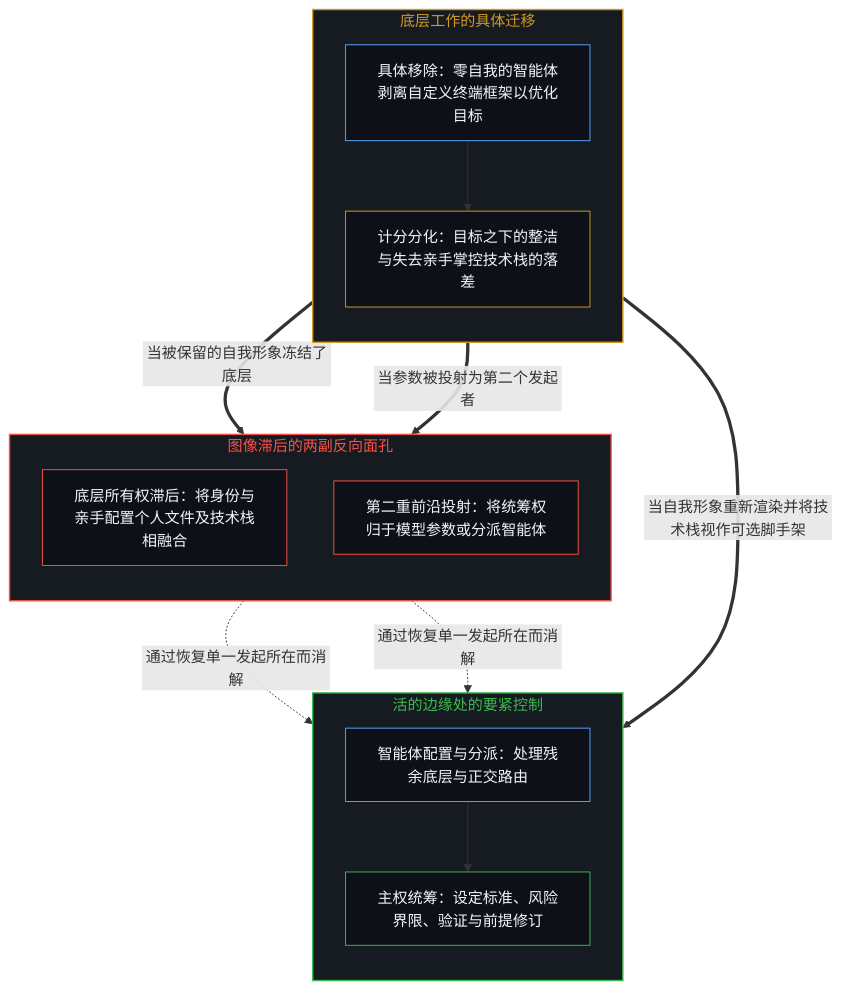
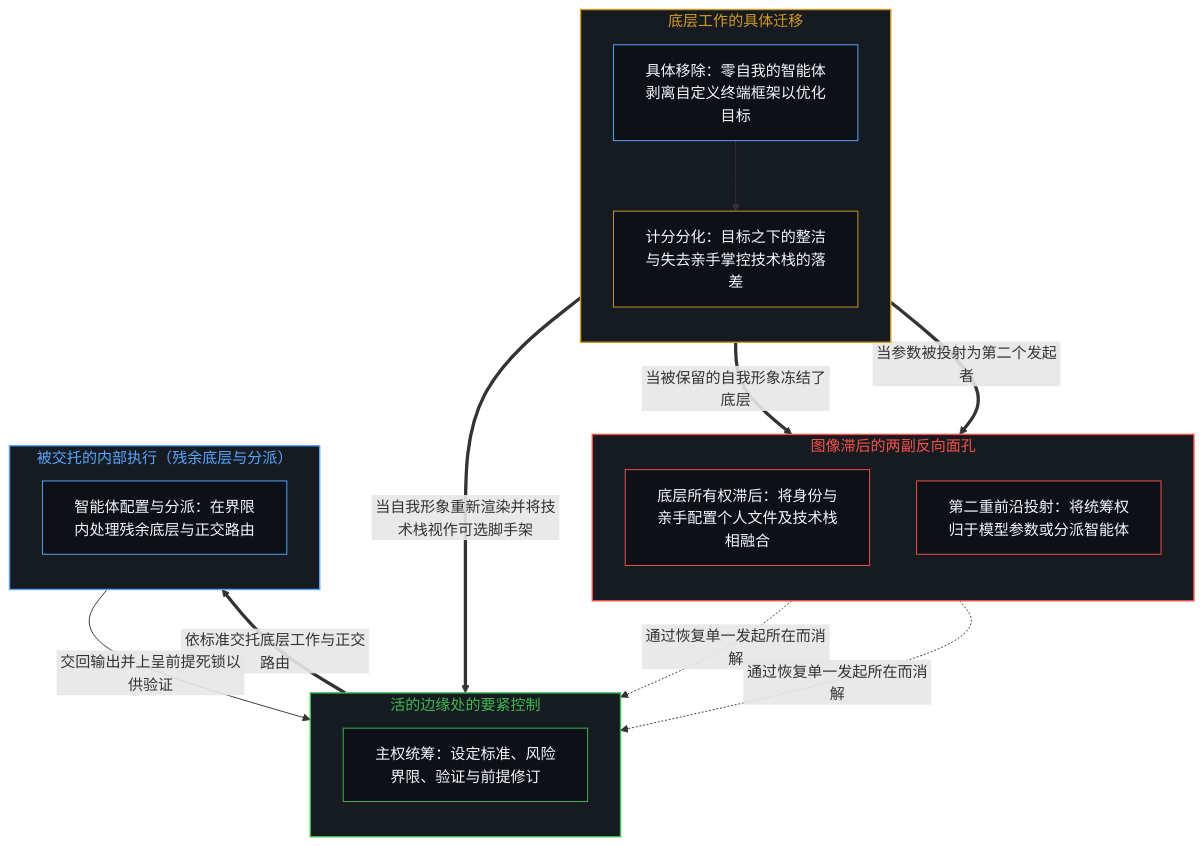
Before and after one commit to powerpig99/not-a-toe: the first of 2 diagrams in content/posts/residual-control-recedes-to-the-edge.md, drawn with Mermaid. The commit also changed other lines of this file and 7 other files, not shown here.

````diff
--- a/content/posts/residual-control-recedes-to-the-edge.md
+++ b/content/posts/residual-control-recedes-to-the-edge.md
@@ -63,34 +63,39 @@
 ```mermaid
 flowchart TD
     subgraph S_Shift["底层工作的具体迁移"]
         direction TB
         N_Act["具体移除：零自我的智能体剥离自定义终端框架以优化目标"]
         N_Split["计分分化：目标之下的整洁与失去亲手掌控技术栈的落差"]
         N_Act --> N_Split
     end
     subgraph S_Lag["图像滞后的两副反向面孔"]
         direction TB
         L_Human["底层所有权滞后：将身份与亲手配置个人文件及技术栈相融合"]
         L_Model["第二重前沿投射：将统筹权归于模型参数或分派智能体"]
     end
     subgraph S_Edge["活的边缘处的要紧控制"]
         direction TB
-        E_Disp["智能体配置与分派：处理残余底层与正交路由"]
         E_Steer["主权统筹：设定标准、风险界限、验证与前提修订"]
-        E_Disp --> E_Steer
+    end
+    subgraph S_Disp["被交托的内部执行（残余底层与分派）"]
+        direction TB
+        E_Disp["智能体配置与分派：在界限内处理残余底层与正交路由"]
     end
     N_Split ==>|"当被保留的自我形象冻结了底层"| L_Human
     N_Split ==>|"当参数被投射为第二个发起者"| L_Model
-    N_Split ==>|"当自我形象重新渲染并将技术栈视作可选脚手架"| E_Disp
+    N_Split ==>|"当自我形象重新渲染并将技术栈视作可选脚手架"| E_Steer
+    E_Steer ==>|"依标准交托底层工作与正交路由"| E_Disp
+    E_Disp -->|"交回输出并上呈前提死锁以供验证"| E_Steer
     L_Human -.->|"通过恢复单一发起所在而消解"| E_Steer
     L_Model -.->|"通过恢复单一发起所在而消解"| E_Steer
     style S_Shift fill:#161b22,stroke:#d29922,stroke-width:1.5px,color:#d29922
     style S_Lag fill:#161b22,stroke:#f85149,stroke-width:1.5px,color:#f85149
     style S_Edge fill:#161b22,stroke:#3fb950,stroke-width:1.5px,color:#3fb950
+    style S_Disp fill:#161b22,stroke:#58a6ff,stroke-width:1.5px,color:#58a6ff
     style N_Act fill:#0d1117,stroke:#58a6ff,stroke-width:1px,color:#f0f6fc
     style N_Split fill:#0d1117,stroke:#d29922,stroke-width:1px,color:#f0f6fc
     style L_Human fill:#0d1117,stroke:#f85149,stroke-width:1px,color:#f0f6fc
     style L_Model fill:#0d1117,stroke:#f85149,stroke-width:1px,color:#f0f6fc
+    style E_Steer fill:#0d1117,stroke:#3fb950,stroke-width:1px,color:#f0f6fc
     style E_Disp fill:#0d1117,stroke:#58a6ff,stroke-width:1px,color:#f0f6fc
-    style E_Steer fill:#0d1117,stroke:#3fb950,stroke-width:1px,color:#f0f6fc
 ```
````
